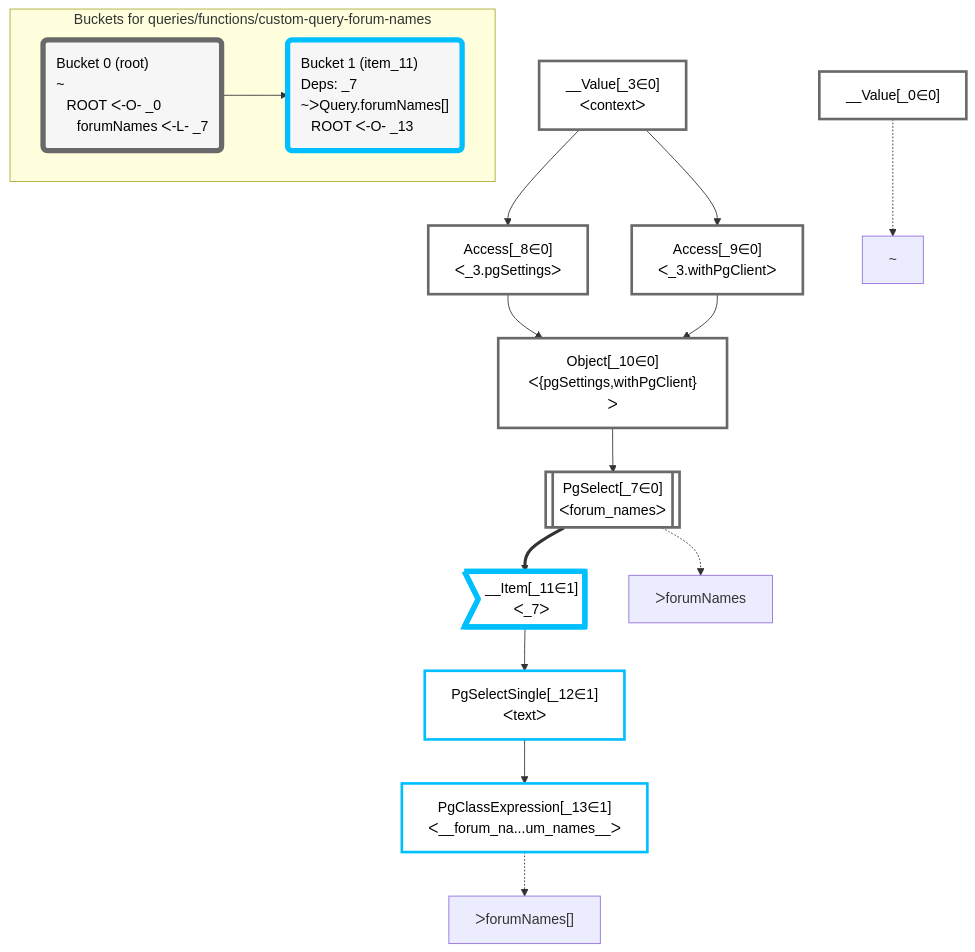
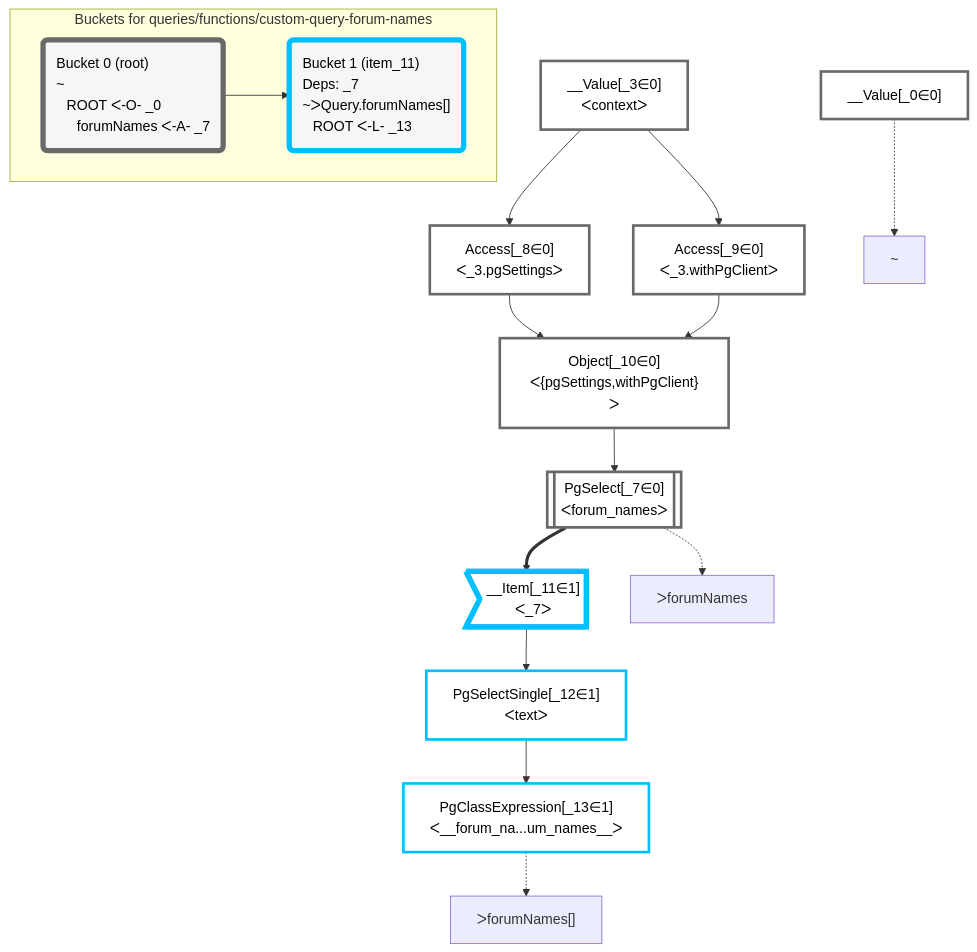
Before and after one commit to graphile/crystal: the diagram in packages/dataplan-pg/__tests__/queries/functions/custom-query-forum-names.deopt.mermaid.md, drawn with Mermaid. The commit also changed 13 other files, not shown here.

````diff
--- a/packages/dataplan-pg/__tests__/queries/functions/custom-query-forum-names.deopt.mermaid.md
+++ b/packages/dataplan-pg/__tests__/queries/functions/custom-query-forum-names.deopt.mermaid.md
@@ -1,52 +1,52 @@
 ```mermaid
 graph TD
     classDef path fill:#eee,stroke:#000,color:#000
     classDef plan fill:#fff,stroke-width:3px,color:#000
     classDef itemplan fill:#fff,stroke-width:6px,color:#000
     classDef sideeffectplan fill:#f00,stroke-width:6px,color:#000
     classDef bucket fill:#f6f6f6,color:#000,stroke-width:6px,text-align:left
 
 
     %% define plans
     __Value_0["__Value[_0∈0]"]:::plan
     __Value_3["__Value[_3∈0]<br />ᐸcontextᐳ"]:::plan
     PgSelect_7[["PgSelect[_7∈0]<br />ᐸforum_namesᐳ"]]:::plan
     Access_8["Access[_8∈0]<br />ᐸ_3.pgSettingsᐳ"]:::plan
     Access_9["Access[_9∈0]<br />ᐸ_3.withPgClientᐳ"]:::plan
     Object_10["Object[_10∈0]<br />ᐸ{pgSettings,withPgClient}ᐳ"]:::plan
     __Item_11>"__Item[_11∈1]<br />ᐸ_7ᐳ"]:::itemplan
     PgSelectSingle_12["PgSelectSingle[_12∈1]<br />ᐸtextᐳ"]:::plan
     PgClassExpression_13["PgClassExpression[_13∈1]<br />ᐸ__forum_na...um_names__ᐳ"]:::plan
 
     %% plan dependencies
     Object_10 --> PgSelect_7
     __Value_3 --> Access_8
     __Value_3 --> Access_9
     Access_8 --> Object_10
     Access_9 --> Object_10
     PgSelect_7 ==> __Item_11
     __Item_11 --> PgSelectSingle_12
     PgSelectSingle_12 --> PgClassExpression_13
 
     %% plan-to-path relationships
     P_0["~"]
     __Value_0 -.-> P_0
     P_7["ᐳforumNames"]
     PgSelect_7 -.-> P_7
     P_13["ᐳforumNames[]"]
     PgClassExpression_13 -.-> P_13
 
     %% allocate buckets
     classDef bucket0 stroke:#696969
     class __Value_0,__Value_3,PgSelect_7,Access_8,Access_9,Object_10 bucket0
     classDef bucket1 stroke:#00bfff
     class __Item_11,PgSelectSingle_12,PgClassExpression_13 bucket1
 
     subgraph "Buckets for queries/functions/custom-query-forum-names"
-    Bucket0("Bucket 0 (root)<br />~<br />⠀ROOT ᐸ-O- _0<br />⠀⠀forumNames ᐸ-L- _7"):::bucket
+    Bucket0("Bucket 0 (root)<br />~<br />⠀ROOT ᐸ-O- _0<br />⠀⠀forumNames ᐸ-A- _7"):::bucket
     style Bucket0 stroke:#696969
-    Bucket1("Bucket 1 (item_11)<br />Deps: _7<br />~ᐳQuery.forumNames[]<br />⠀ROOT ᐸ-O- _13"):::bucket
+    Bucket1("Bucket 1 (item_11)<br />Deps: _7<br />~ᐳQuery.forumNames[]<br />⠀ROOT ᐸ-L- _13"):::bucket
     style Bucket1 stroke:#00bfff
     Bucket0 --> Bucket1
     end
 ```
````
